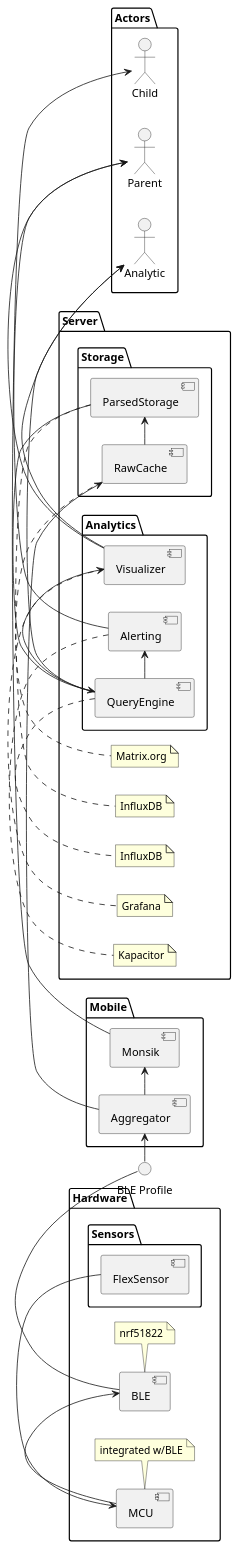
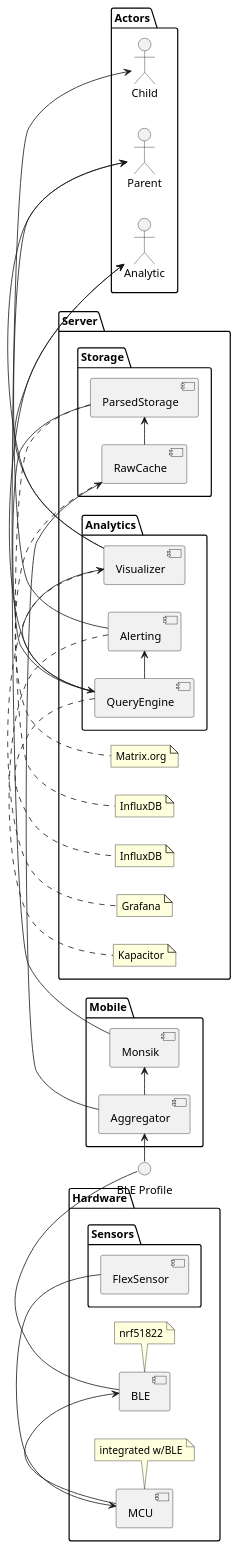
The diagram in architecture.puml (motorica-org/telemetry-docs), drawn with PlantUML before and after one commit.

Commit message:
feat(Architecture): Remove explicit arrow directions

```diff
--- a/architecture.puml
+++ b/architecture.puml
@@ -1,58 +1,58 @@
 @startuml
 skinparam componentStyle uml2
 left to right direction
 
 interface "BLE Profile" [[https://github.com/motorica-org/telemetry-docs/wiki/BLE-Profile]]
 
 package Hardware {
     component MCU
     component BLE
 
     package Sensors {
         [FlexSensor] -> [MCU]
     }
 
     [MCU] -> [BLE]
     [BLE] - (BLE Profile)
 
     note bottom of [MCU]: integrated w/BLE
     note bottom of [BLE]: nrf51822
 }
 
 package Mobile {
     (BLE Profile) -> [Aggregator]
     [Aggregator] -> [Monsik]
 }
 
 package Server {
     package Storage {
         [Aggregator] -> [RawCache]
         [RawCache] -> [ParsedStorage]
     }
     package Analytics {
         [ParsedStorage] -> [QueryEngine]
         [QueryEngine] -> [Visualizer]
         [QueryEngine] -> [Alerting]
     }
 
     note bottom of RawCache: Matrix.org
     note bottom of ParsedStorage: InfluxDB
     note bottom of QueryEngine: InfluxDB
     note bottom of Visualizer: Grafana
     note bottom of Alerting: Kapacitor
 }
 
 package Actors {
     actor Child
     actor Parent
     actor Analytic
 
     Child <- [Monsik]
 
     Parent <- [Visualizer]
     Parent <- [Alerting]
 
-    Analytic <-u- [QueryEngine]
-    Analytic <-u- [Visualizer]
+    Analytic <- [QueryEngine]
+    Analytic <- [Visualizer]
 }
 @enduml
```
